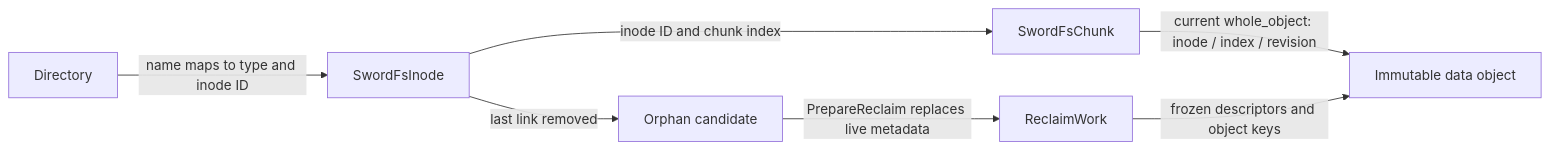
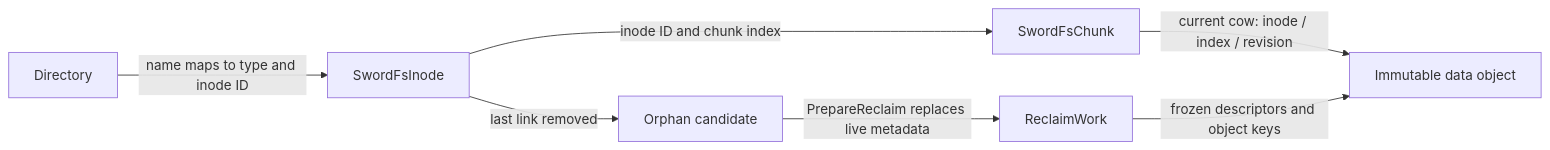
The first of 2 diagrams in docs/design/data-structures.md (SwordInfra/SwordFS), drawn with Mermaid before and after one commit. The commit also changed other lines of this file and 76 other files, not shown here.

````diff
--- a/docs/design/data-structures.md
+++ b/docs/design/data-structures.md
@@ -9,9 +9,9 @@
 ```mermaid
 flowchart LR
     D[Directory] -->|name maps to type and inode ID| I[SwordFsInode]
     I -->|inode ID and chunk index| S[SwordFsChunk]
-    S -->|current whole_object: inode / index / revision| O[Immutable data object]
+    S -->|current cow: inode / index / revision| O[Immutable data object]
     I -->|last link removed| A[Orphan candidate]
     A -->|PrepareReclaim replaces live metadata| R[ReclaimWork]
     R -->|frozen descriptors and object keys| O
 ```
````
